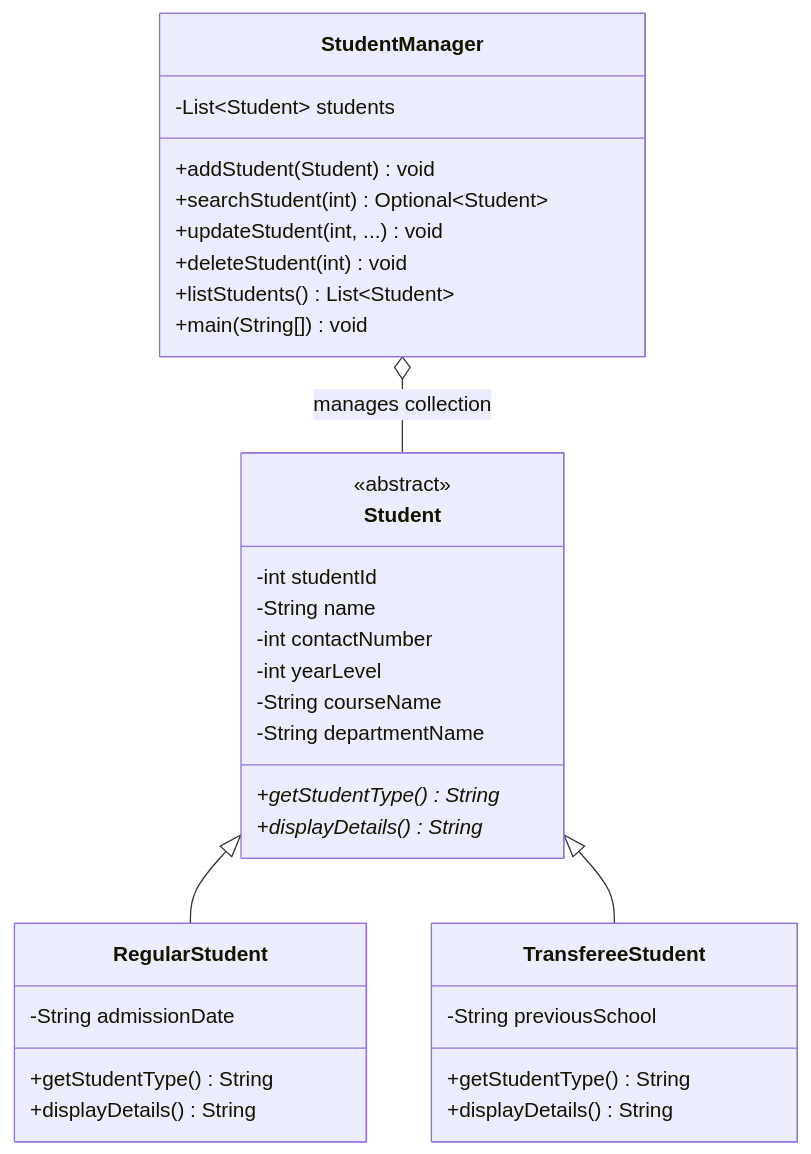
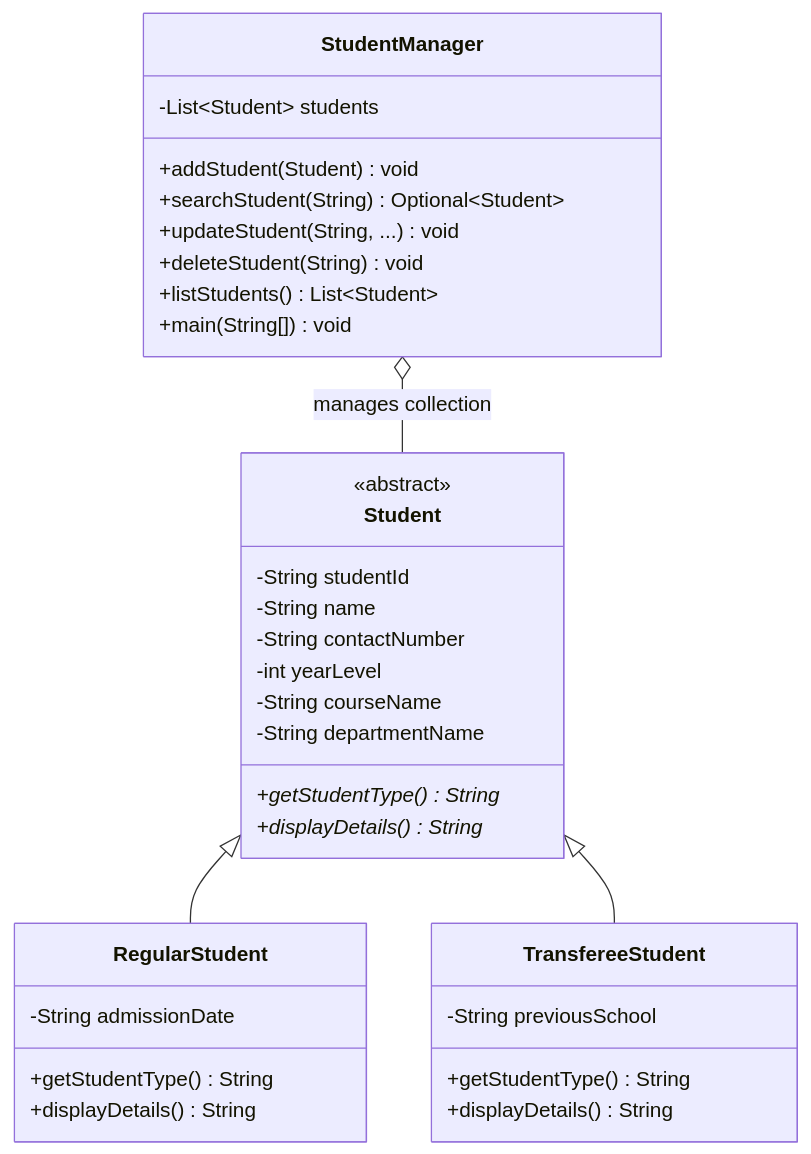
One commit to ja3h1/Student-System-Information changed the first of 3 diagrams in UML_DESIGN.md. Above: the diagram before and after it, drawn with Mermaid. The commit also changed other lines of this file and 13 other files, not shown here.

````diff
--- a/UML_DESIGN.md
+++ b/UML_DESIGN.md
@@ -7,36 +7,36 @@
 ```mermaid
 classDiagram
     class Student {
       <<abstract>>
-      -int studentId
+      -String studentId
       -String name
-      -int contactNumber
+      -String contactNumber
       -int yearLevel
       -String courseName
       -String departmentName
       +getStudentType()* String
       +displayDetails()* String
     }
     class RegularStudent {
       -String admissionDate
       +getStudentType() String
       +displayDetails() String
     }
     class TransfereeStudent {
       -String previousSchool
       +getStudentType() String
       +displayDetails() String
     }
     class StudentManager {
       -List~Student~ students
       +addStudent(Student) void
-      +searchStudent(int) Optional~Student~
-      +updateStudent(int, ...) void
-      +deleteStudent(int) void
+      +searchStudent(String) Optional~Student~
+      +updateStudent(String, ...) void
+      +deleteStudent(String) void
       +listStudents() List~Student~
       +main(String[]) void
     }
     Student <|-- RegularStudent
     Student <|-- TransfereeStudent
     StudentManager o-- Student : manages collection
 ```
````
